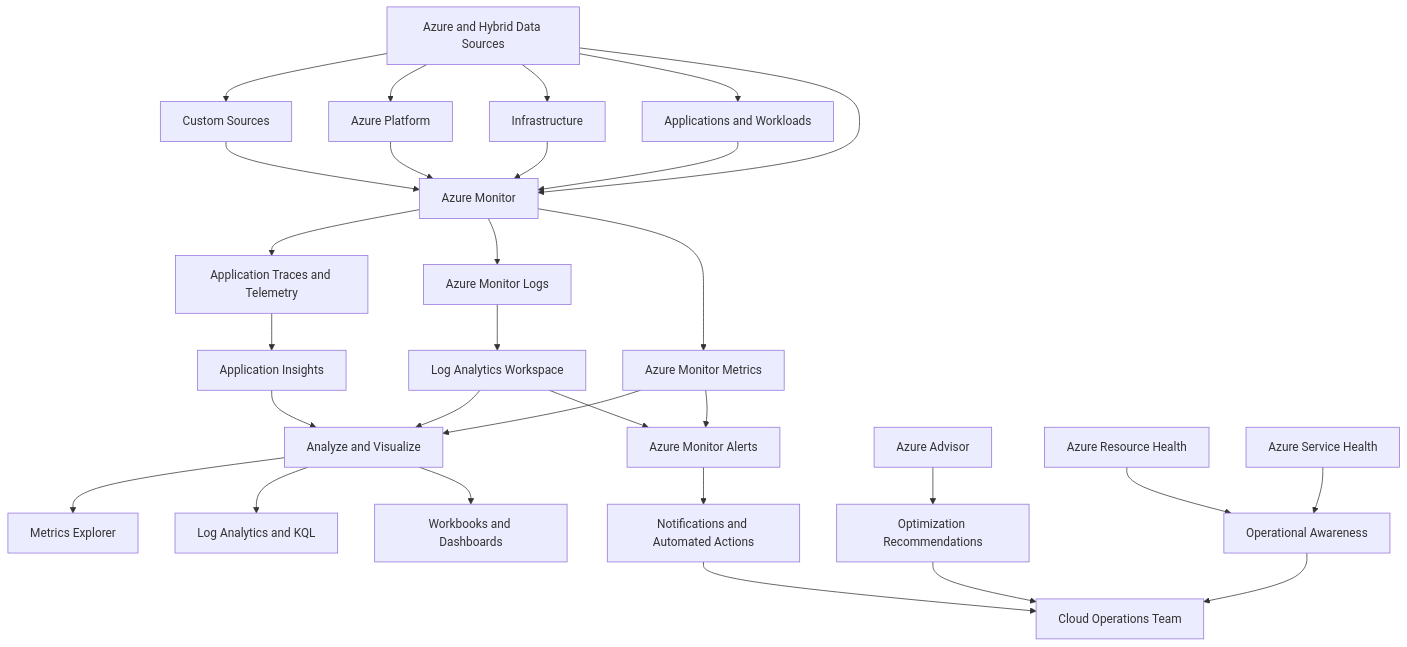
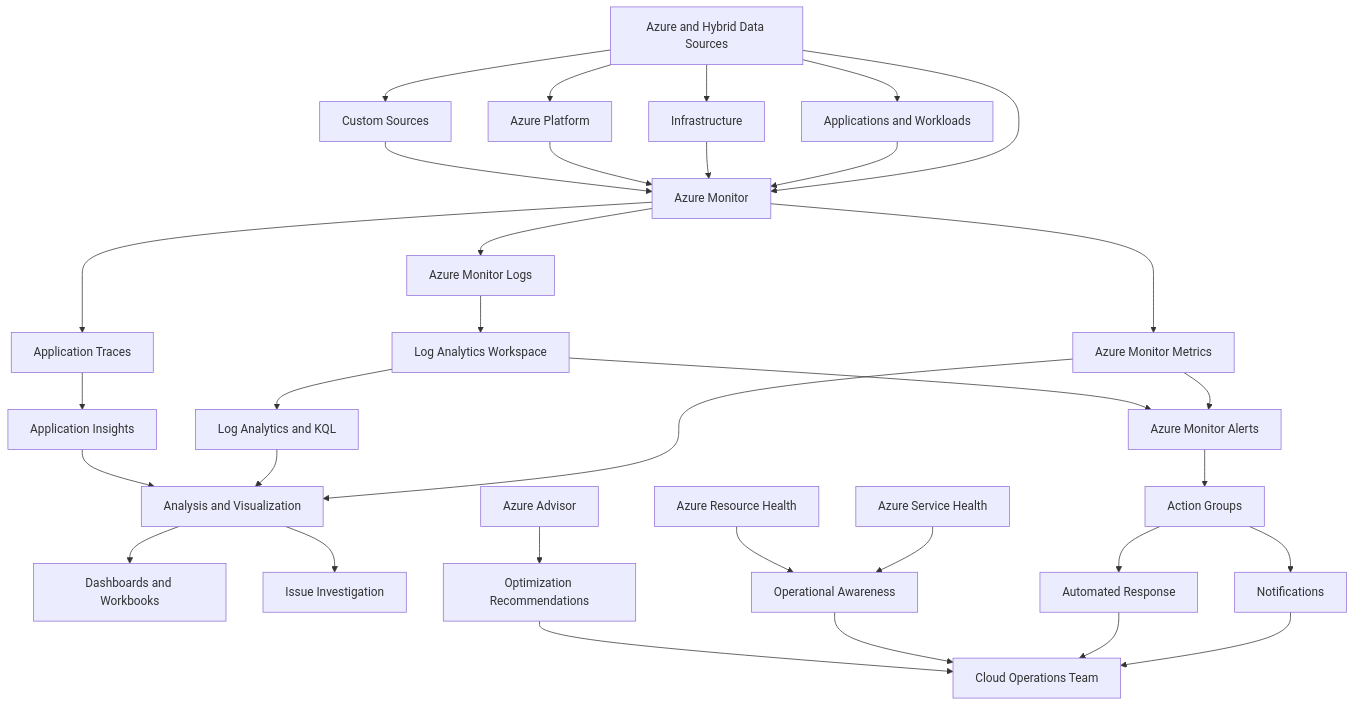
One commit to mattallen-it/mrtg-az900-the-bridge changed the first of 2 diagrams in labs/lab-12-azure-monitoring-health-and-optimization/README.md. Above: the diagram before and after it, drawn with Mermaid. The commit also changed other lines of this file, not shown here.

````diff
--- a/labs/lab-12-azure-monitoring-health-and-optimization/README.md
+++ b/labs/lab-12-azure-monitoring-health-and-optimization/README.md
@@ -270,40 +359,44 @@
 ```mermaid
 flowchart TD
     Sources[Azure and Hybrid Data Sources] --> Monitor[Azure Monitor]
 
-    Sources --> Apps[Applications and Workloads]
-    Sources --> Infra[Infrastructure]
+    Sources --> Applications[Applications and Workloads]
+    Sources --> Infrastructure[Infrastructure]
     Sources --> Platform[Azure Platform]
     Sources --> Custom[Custom Sources]
 
-    Apps --> Monitor
-    Infra --> Monitor
+    Applications --> Monitor
+    Infrastructure --> Monitor
     Platform --> Monitor
     Custom --> Monitor
 
     Monitor --> Metrics[Azure Monitor Metrics]
     Monitor --> Logs[Azure Monitor Logs]
-    Monitor --> Traces[Application Traces and Telemetry]
+    Monitor --> Traces[Application Traces]
 
     Logs --> Workspace[Log Analytics Workspace]
-    Metrics --> Analyze[Analyze and Visualize]
-    Workspace --> Analyze
-    Traces --> AppInsights[Application Insights]
-    AppInsights --> Analyze
+    Metrics --> Analysis[Analysis and Visualization]
+    Workspace --> Analytics[Log Analytics and KQL]
+    Traces --> Insights[Application Insights]
 
-    Analyze --> Explorer[Metrics Explorer]
-    Analyze --> Queries[Log Analytics and KQL]
-    Analyze --> Workbooks[Workbooks and Dashboards]
+    Analytics --> Analysis
+    Insights --> Analysis
+
+    Analysis --> Dashboards[Dashboards and Workbooks]
+    Analysis --> Investigation[Issue Investigation]
 
     Metrics --> Alerts[Azure Monitor Alerts]
     Workspace --> Alerts
-    Alerts --> Actions[Notifications and Automated Actions]
+    Alerts --> Actions[Action Groups]
+    Actions --> Notifications[Notifications]
+    Actions --> Automation[Automated Response]
 
     ServiceHealth[Azure Service Health] --> Operations[Operational Awareness]
     ResourceHealth[Azure Resource Health] --> Operations
     Advisor[Azure Advisor] --> Optimization[Optimization Recommendations]
 
-    Operations --> CloudTeam[Cloud Operations Team]
+    Notifications --> CloudTeam[Cloud Operations Team]
+    Automation --> CloudTeam
+    Operations --> CloudTeam
     Optimization --> CloudTeam
-    Actions --> CloudTeam
 ```
````
